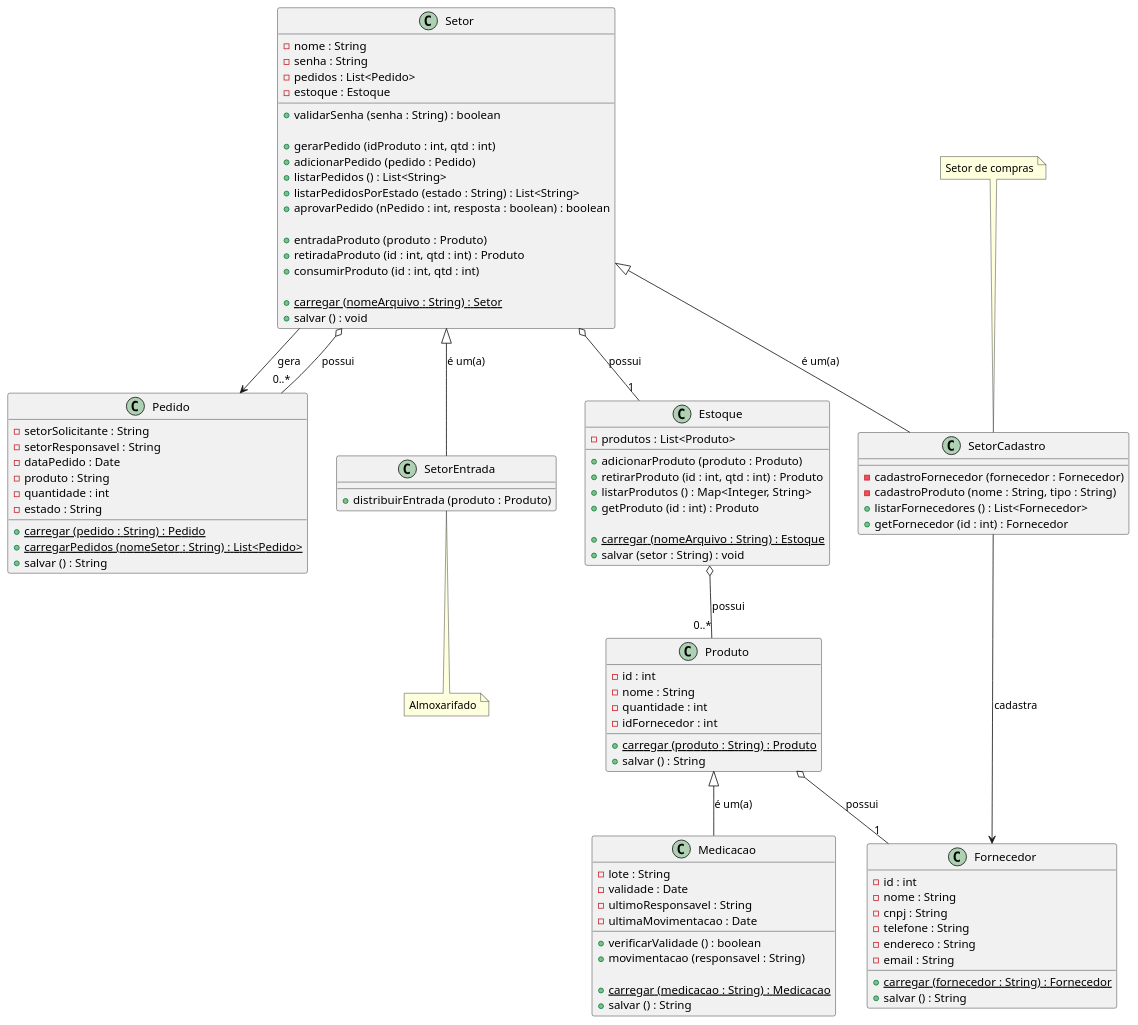
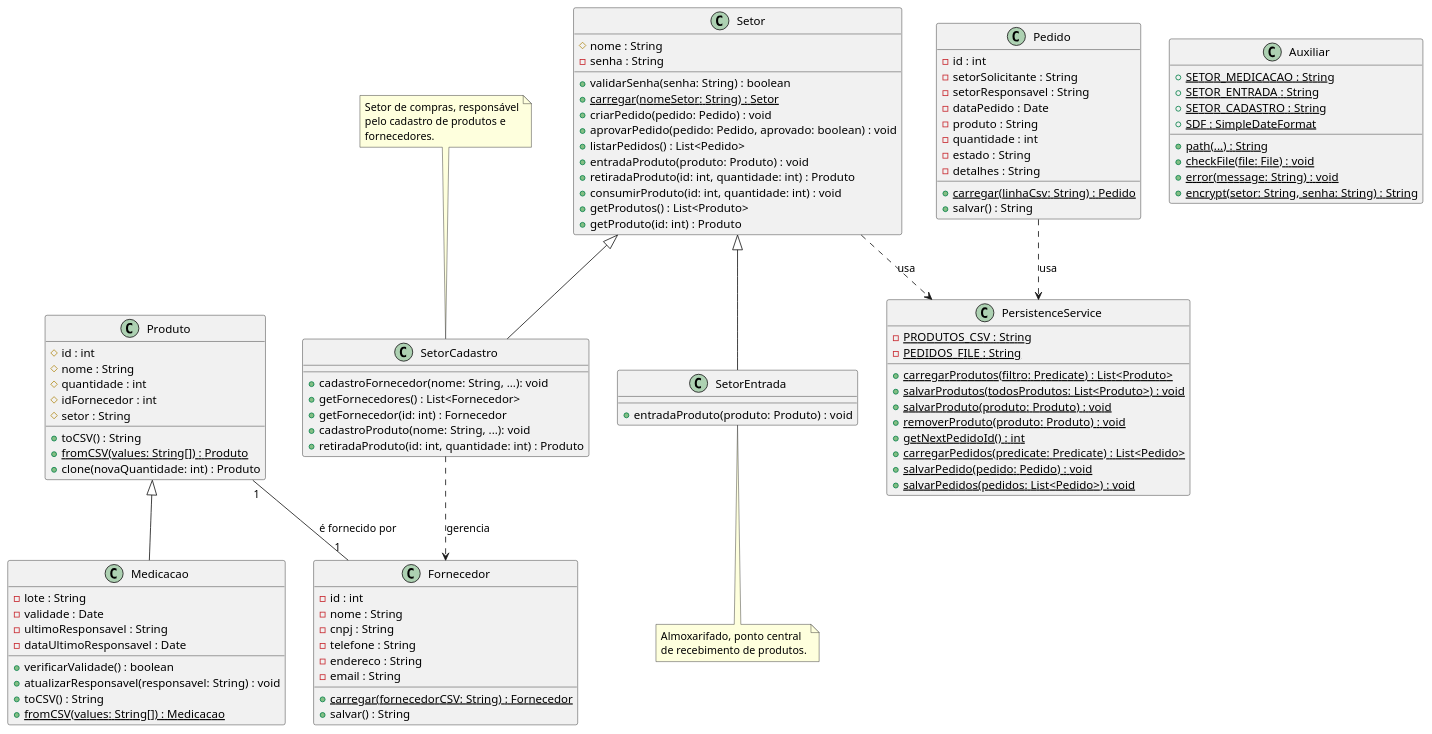
Before and after one commit to B4Hive/HealthStock: the diagram in plant.puml, drawn with PlantUML. The commit also changed 22 other files, not shown here.

```diff
--- a/plant.puml
+++ b/plant.puml
@@ -1,122 +1,125 @@
 @startuml HealthStock
 
+' Classes de Domínio (Estoque)
 class Fornecedor {
   - id : int
   - nome : String
   - cnpj : String
   - telefone : String
   - endereco : String
   - email : String
-
-  + {static} carregar (fornecedor : String) : Fornecedor
-  + salvar () : String
+  + {static} carregar(fornecedorCSV: String) : Fornecedor
+  + salvar() : String
 }
 
 class Produto {
-  - id : int
-  - nome : String
-  - quantidade : int
-  - idFornecedor : int
-
-  + {static} carregar (produto : String) : Produto
-  + salvar () : String
+  # id : int
+  # nome : String
+  # quantidade : int
+  # idFornecedor : int
+  # setor : String
+  + toCSV() : String
+  + {static} fromCSV(values: String[]) : Produto
+  + clone(novaQuantidade: int) : Produto
 }
 
 class Medicacao {
   - lote : String
   - validade : Date
   - ultimoResponsavel : String
-  - ultimaMovimentacao : Date
-  
-  + verificarValidade () : boolean
-  + movimentacao (responsavel : String)
-
-  + {static} carregar (medicacao : String) : Medicacao
-  + salvar () : String
+  - dataUltimoResponsavel : Date
+  + verificarValidade() : boolean
+  + atualizarResponsavel(responsavel: String) : void
+  + toCSV() : String
+  + {static} fromCSV(values: String[]) : Medicacao
 }
 
-class Estoque {
-  - produtos : List<Produto>
-
-  + adicionarProduto (produto : Produto)
-  + retirarProduto (id : int, qtd : int) : Produto
-  + listarProdutos () : Map<Integer, String>
-  + getProduto (id : int) : Produto
-
-  + {static} carregar (nomeArquivo : String) : Estoque
-  + salvar (setor : String) : void
-}
-
+' Classes de Domínio (Setor)
 class Pedido {
+  - id : int
   - setorSolicitante : String
   - setorResponsavel : String
   - dataPedido : Date
   - produto : String
   - quantidade : int
   - estado : String
-
-  + {static} carregar (pedido : String) : Pedido
-  + {static} carregarPedidos (nomeSetor : String) : List<Pedido>
-  + salvar () : String
+  - detalhes : String
+  + {static} carregar(linhaCsv: String) : Pedido
+  + salvar() : String
 }
 
 class Setor {
-  - nome : String
+  # nome : String
   - senha : String
-  - pedidos : List<Pedido>
-  - estoque : Estoque
-
-  + validarSenha (senha : String) : boolean
-
-  + gerarPedido (idProduto : int, qtd : int)
-  + adicionarPedido (pedido : Pedido)
-  + listarPedidos () : List<String>
-  + listarPedidosPorEstado (estado : String) : List<String>
-  + aprovarPedido (nPedido : int, resposta : boolean) : boolean 
-
-  + entradaProduto (produto : Produto)
-  + retiradaProduto (id : int, qtd : int) : Produto
-  + consumirProduto (id : int, qtd : int)
-
-  + {static} carregar (nomeArquivo : String) : Setor
-  + salvar () : void
+  + validarSenha(senha: String) : boolean
+  + {static} carregar(nomeSetor: String) : Setor
+  + criarPedido(pedido: Pedido) : void
+  + aprovarPedido(pedido: Pedido, aprovado: boolean) : void
+  + listarPedidos() : List<Pedido>
+  + entradaProduto(produto: Produto) : void
+  + retiradaProduto(id: int, quantidade: int) : Produto
+  + consumirProduto(id: int, quantidade: int) : void
+  + getProdutos() : List<Produto>
+  + getProduto(id: int) : Produto
 }
 
 class SetorEntrada {
-  + distribuirEntrada (produto : Produto)
+  + entradaProduto(produto: Produto) : void
 }
 
 class SetorCadastro {
-  - cadastroFornecedor (fornecedor : Fornecedor)
-  - cadastroProduto (nome : String, tipo : String)
-  + listarFornecedores () : List<Fornecedor>
-  + getFornecedor (id : int) : Fornecedor
+  + cadastroFornecedor(nome: String, ...): void
+  + getFornecedores() : List<Fornecedor>
+  + getFornecedor(id: int) : Fornecedor
+  + cadastroProduto(nome: String, ...): void
+  + retiradaProduto(id: int, quantidade: int) : Produto
 }
 
-Setor <|-- SetorEntrada : é um(a)
+' Classes de Serviço e Utilitários
+class PersistenceService {
+  - {static} PRODUTOS_CSV : String
+  - {static} PEDIDOS_FILE : String
+  + {static} carregarProdutos(filtro: Predicate) : List<Produto>
+  + {static} salvarProdutos(todosProdutos: List<Produto>) : void
+  + {static} salvarProduto(produto: Produto) : void
+  + {static} removerProduto(produto: Produto) : void
+  + {static} getNextPedidoId() : int
+  + {static} carregarPedidos(predicate: Predicate) : List<Pedido>
+  + {static} salvarPedido(pedido: Pedido) : void
+  + {static} salvarPedidos(pedidos: List<Pedido>) : void
+}
 
-Setor <|-- SetorCadastro : é um(a)
+class Auxiliar {
+  + {static} SETOR_MEDICACAO : String
+  + {static} SETOR_ENTRADA : String
+  + {static} SETOR_CADASTRO : String
+  + {static} SDF : SimpleDateFormat
+  + {static} path(...) : String
+  + {static} checkFile(file: File) : void
+  + {static} error(message: String) : void
+  + {static} encrypt(setor: String, senha: String) : String
+}
 
-Produto <|-- Medicacao : é um(a)
 
-Produto o-- "1" Fornecedor : possui
+' Relacionamentos
+Produto <|-- Medicacao
+Setor <|-- SetorEntrada
+Setor <|-- SetorCadastro
 
-Setor o-- "1" Estoque : possui
-
-Setor --> Pedido : gera
-
-Setor o-- "0..*" Pedido : possui
-
-Estoque o-- "0..*" Produto : possui
-
-SetorCadastro --> Fornecedor : cadastra
+Setor ..> PersistenceService : usa
+Pedido ..> PersistenceService : usa
+SetorCadastro ..> Fornecedor : gerencia
+Produto "1" -- "1" Fornecedor : é fornecido por
 
 note top of SetorCadastro
-  Setor de compras
+  Setor de compras, responsável
+  pelo cadastro de produtos e
+  fornecedores.
 end note
 
 note bottom of SetorEntrada
-  Almoxarifado
+  Almoxarifado, ponto central
+  de recebimento de produtos.
 end note
 
 @enduml
```
